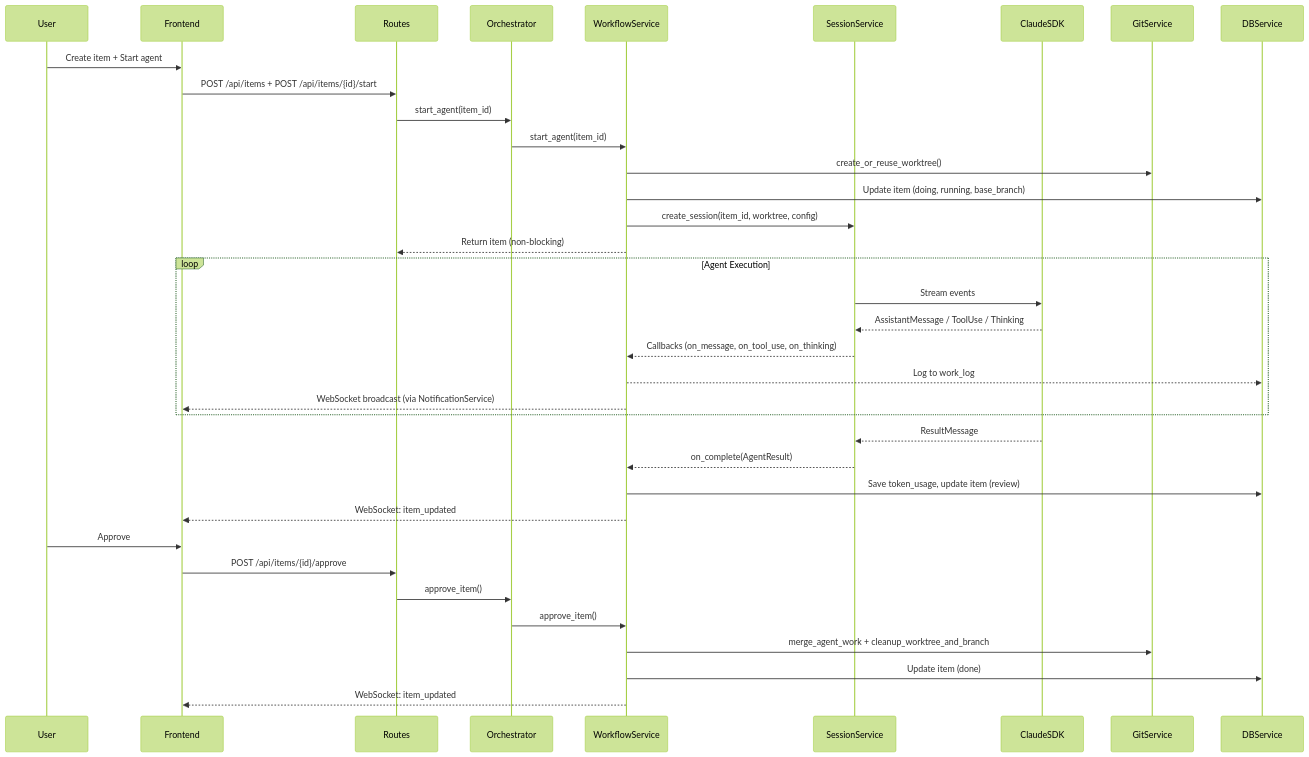
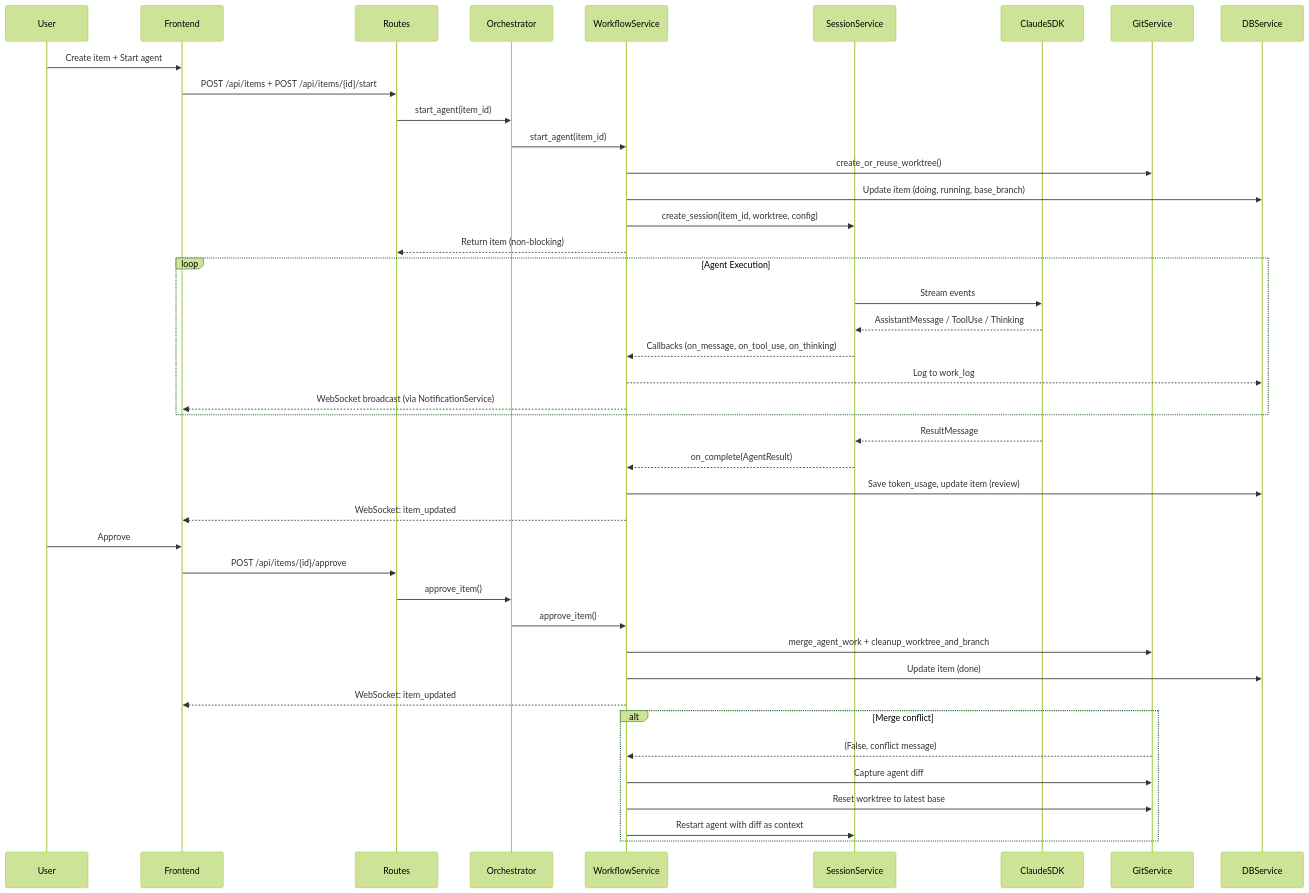
Before and after one commit to epatel/claude-agents-dashboard: the second of 4 diagrams in ASSESSMENT_CODE.md, drawn with Mermaid (forest theme). The commit also changed other lines of this file and 2 other files, not shown here.

Commit message:
Update ASSESSMENT_CODE.md, README.md, and CLAUDE.md for merge conflict auto-resolution feature

````diff
--- a/ASSESSMENT_CODE.md
+++ b/ASSESSMENT_CODE.md
@@ -176,42 +176,49 @@
 ```mermaid
 sequenceDiagram
     participant User
     participant Frontend
     participant Routes
     participant Orchestrator
     participant WorkflowService
     participant SessionService
     participant ClaudeSDK
     participant GitService
     participant DBService
 
     User->>Frontend: Create item + Start agent
     Frontend->>Routes: POST /api/items + POST /api/items/{id}/start
     Routes->>Orchestrator: start_agent(item_id)
     Orchestrator->>WorkflowService: start_agent(item_id)
     WorkflowService->>GitService: create_or_reuse_worktree()
     WorkflowService->>DBService: Update item (doing, running, base_branch)
     WorkflowService->>SessionService: create_session(item_id, worktree, config)
     WorkflowService-->>Routes: Return item (non-blocking)
 
     loop Agent Execution
         SessionService->>ClaudeSDK: Stream events
         ClaudeSDK-->>SessionService: AssistantMessage / ToolUse / Thinking
         SessionService-->>WorkflowService: Callbacks (on_message, on_tool_use, on_thinking)
         WorkflowService-->>DBService: Log to work_log
         WorkflowService-->>Frontend: WebSocket broadcast (via NotificationService)
     end
 
     ClaudeSDK-->>SessionService: ResultMessage
     SessionService-->>WorkflowService: on_complete(AgentResult)
     WorkflowService->>DBService: Save token_usage, update item (review)
     WorkflowService-->>Frontend: WebSocket: item_updated
 
     User->>Frontend: Approve
     Frontend->>Routes: POST /api/items/{id}/approve
     Routes->>Orchestrator: approve_item()
     Orchestrator->>WorkflowService: approve_item()
     WorkflowService->>GitService: merge_agent_work + cleanup_worktree_and_branch
     WorkflowService->>DBService: Update item (done)
     WorkflowService-->>Frontend: WebSocket: item_updated
+
+    alt Merge conflict
+        GitService-->>WorkflowService: (False, conflict message)
+        WorkflowService->>GitService: Capture agent diff
+        WorkflowService->>GitService: Reset worktree to latest base
+        WorkflowService->>SessionService: Restart agent with diff as context
+    end
 ```
````
